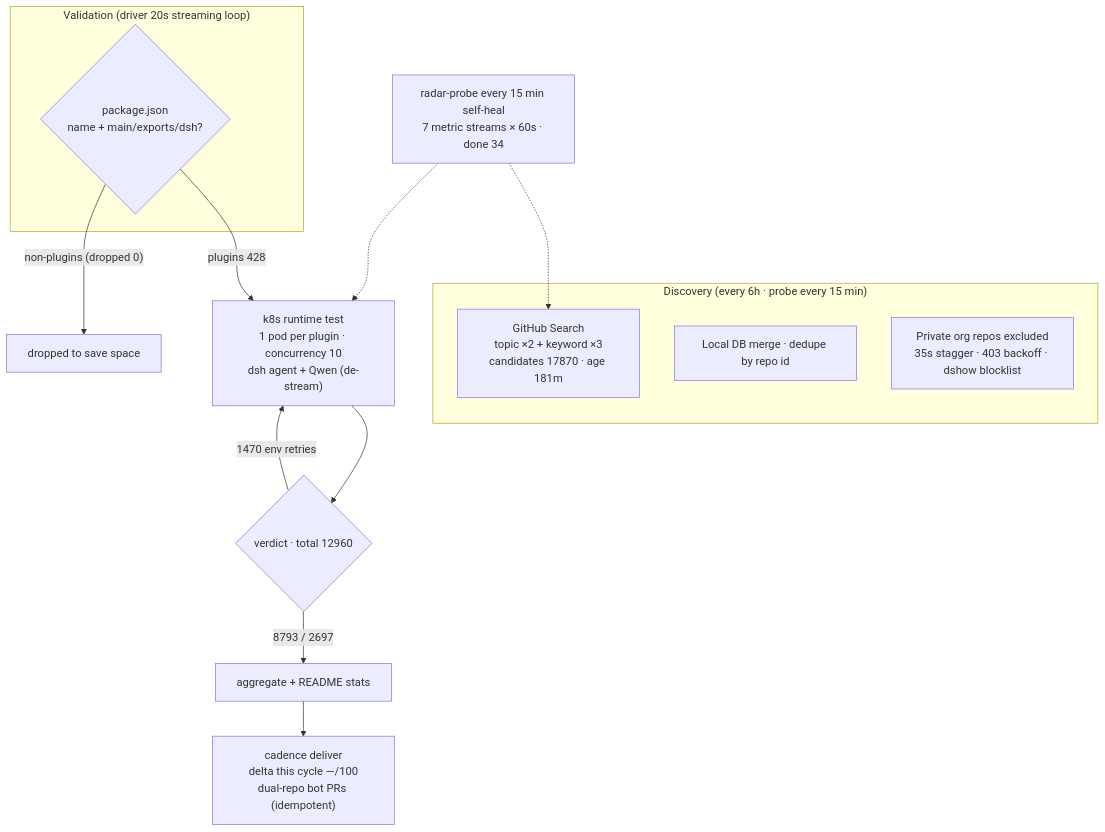
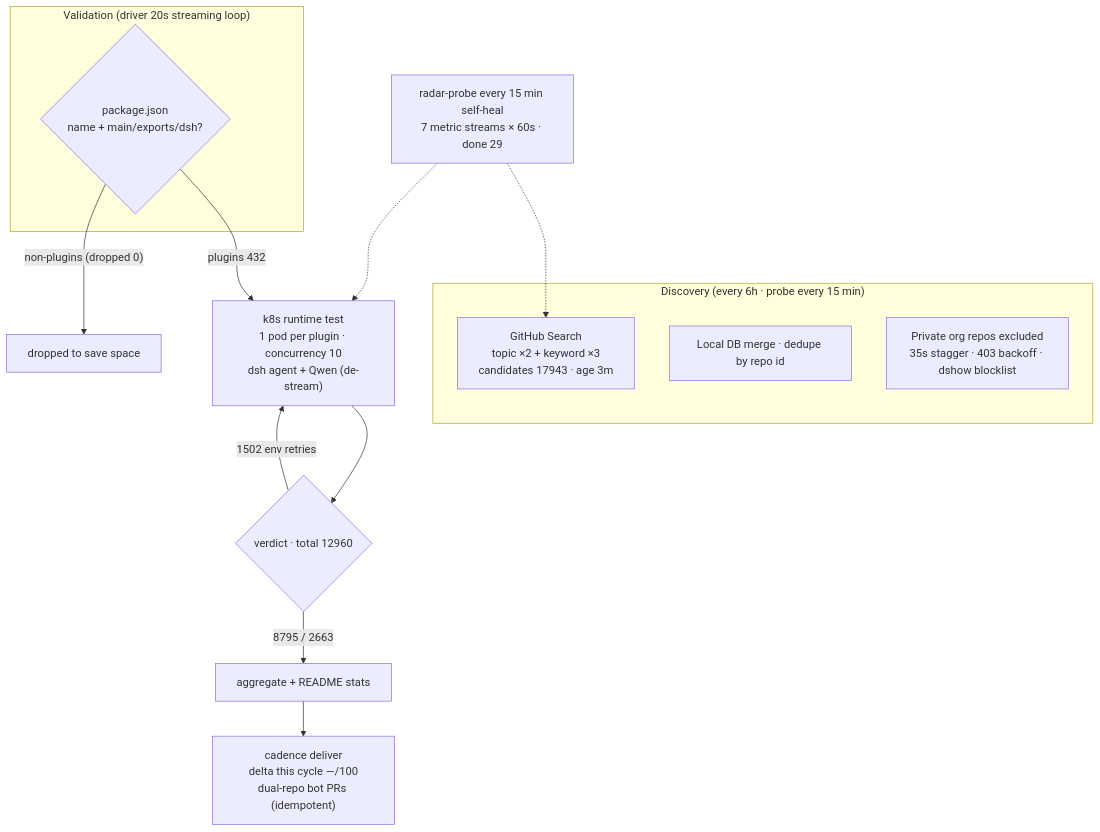
The diagram in README.en-US.md (AdamPlatin123/awesome-dsh-plugins), drawn with Mermaid before and after one commit. The commit also changed other lines of this file and 5 other files, not shown here.

````diff
--- a/README.en-US.md
+++ b/README.en-US.md
@@ -45,20 +45,20 @@
 ```mermaid
 flowchart TB
     subgraph Discovery["Discovery (every 6h · probe every 15 min)"]
-        A1["GitHub Search<br/>topic ×2 + keyword ×3<br/>candidates 17870 · age 181m"]
+        A1["GitHub Search<br/>topic ×2 + keyword ×3<br/>candidates 17943 · age 3m"]
         A2["Local DB merge · dedupe by repo id"]
         A3["Private org repos excluded<br/>35s stagger · 403 backoff · dshow blocklist"]
     end
     subgraph Validation["Validation (driver 20s streaming loop)"]
         B1{"package.json<br/>name + main/exports/dsh?"}
     end
-    B1 -->|"plugins 428"| C1["k8s runtime test<br/>1 pod per plugin · concurrency 10<br/>dsh agent + Qwen (de-stream)"]
+    B1 -->|"plugins 432"| C1["k8s runtime test<br/>1 pod per plugin · concurrency 10<br/>dsh agent + Qwen (de-stream)"]
     B1 -->|"non-plugins (dropped 0)"| B3["dropped to save space"]
     C1 --> D1{"verdict · total 12960"}
-    D1 -->|"8793 / 2697"| E1["aggregate + README stats"]
-    D1 -->|"1470 env retries"| C1
+    D1 -->|"8795 / 2663"| E1["aggregate + README stats"]
+    D1 -->|"1502 env retries"| C1
     E1 --> E2["cadence deliver<br/>delta this cycle —/100<br/>dual-repo bot PRs (idempotent)"]
-    M["radar-probe every 15 min self-heal<br/>7 metric streams × 60s · done 34"]
+    M["radar-probe every 15 min self-heal<br/>7 metric streams × 60s · done 29"]
     M -.-> A1
     M -.-> C1
 ```
````
